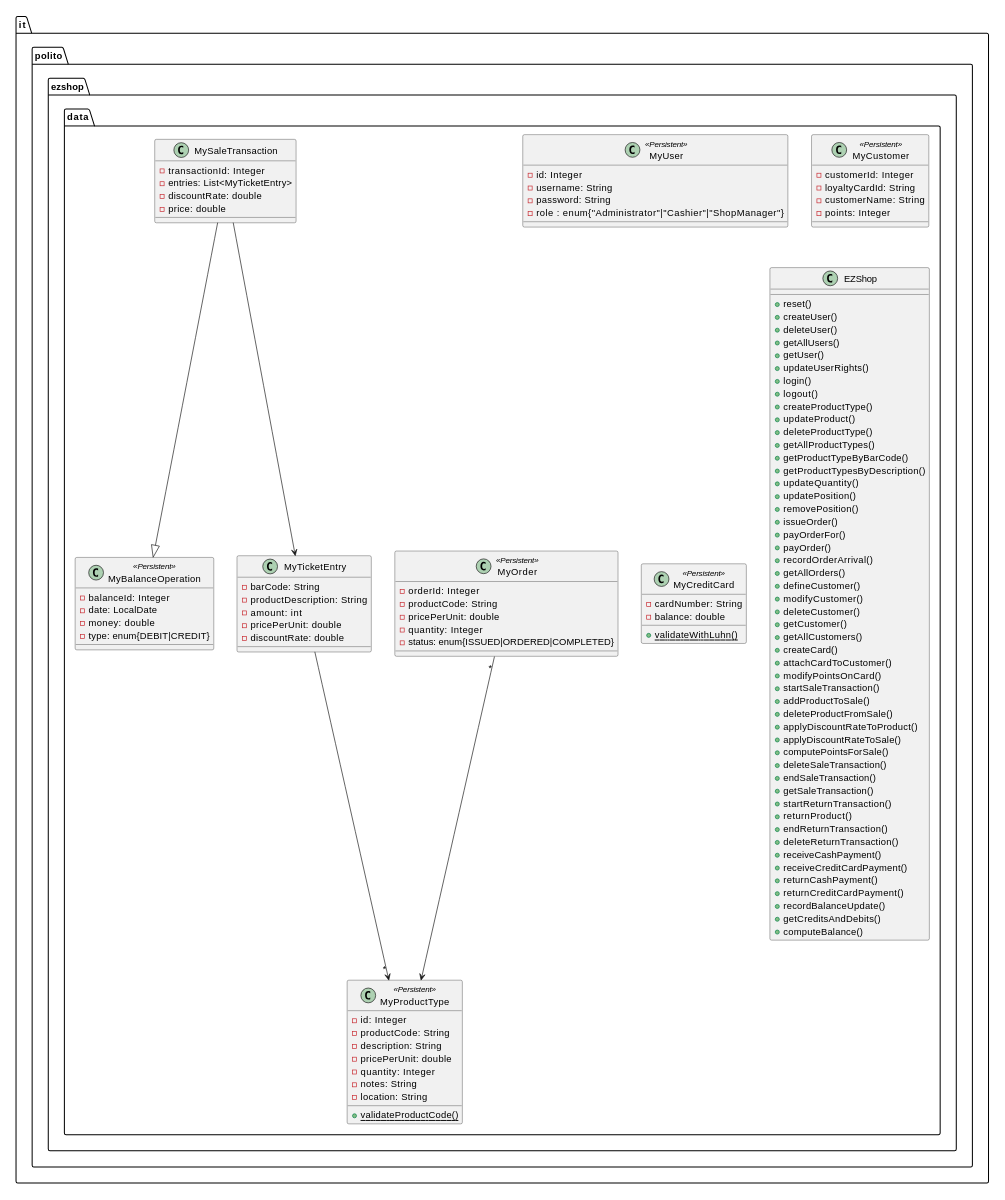
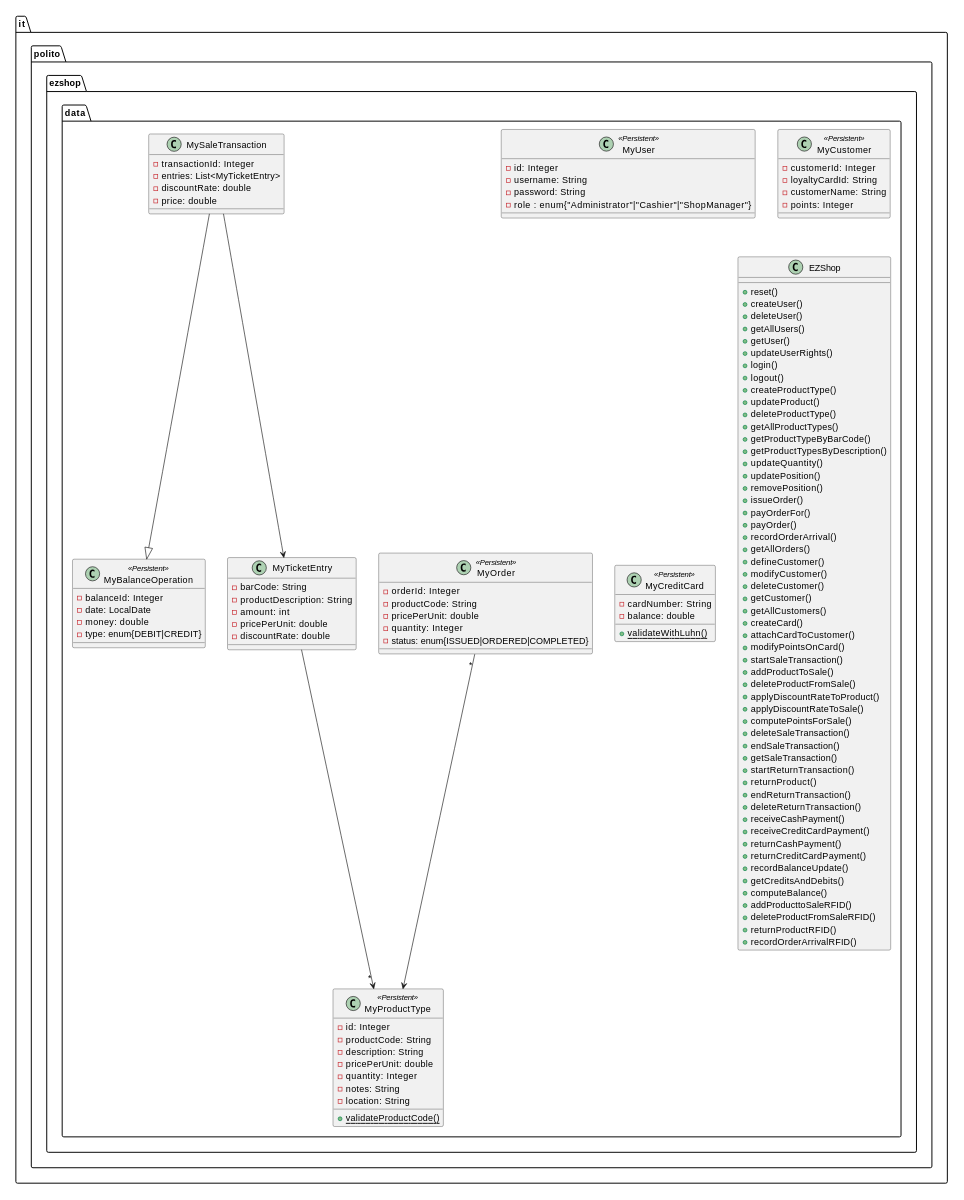
The second of 22 diagrams in Deliverables/DesignDocument.md (mkexc/ezshop), drawn with PlantUML before and after one commit. The commit also changed 3 other files, not shown here.

```diff
--- a/Deliverables/DesignDocument.md
+++ b/Deliverables/DesignDocument.md
@@ -192,6 +192,10 @@
         + recordBalanceUpdate()
         + getCreditsAndDebits()
         + computeBalance()
+        + addProducttoSaleRFID()
+        + deleteProductFromSaleRFID()
+        + returnProductRFID()
+        + recordOrderArrivalRFID()
     }
 }
 
```
